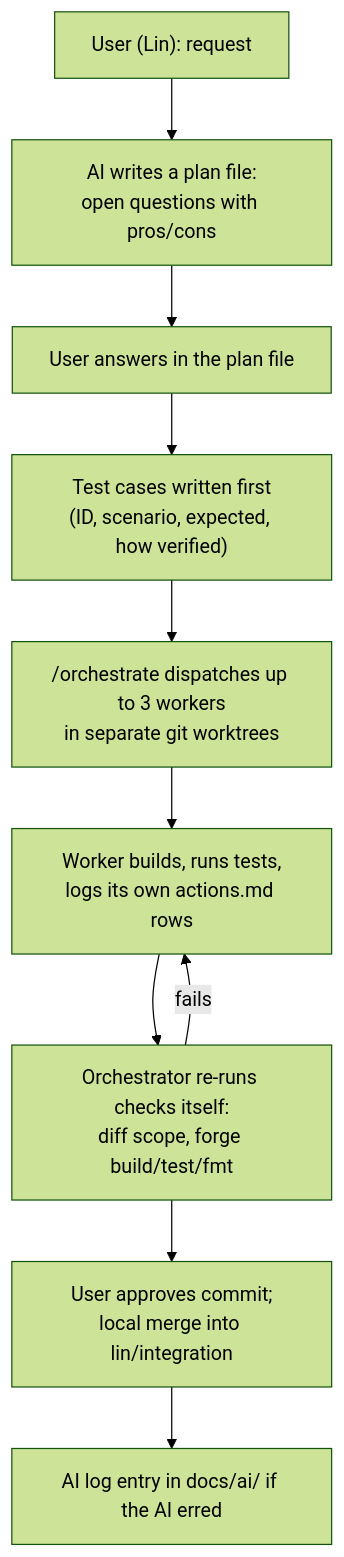
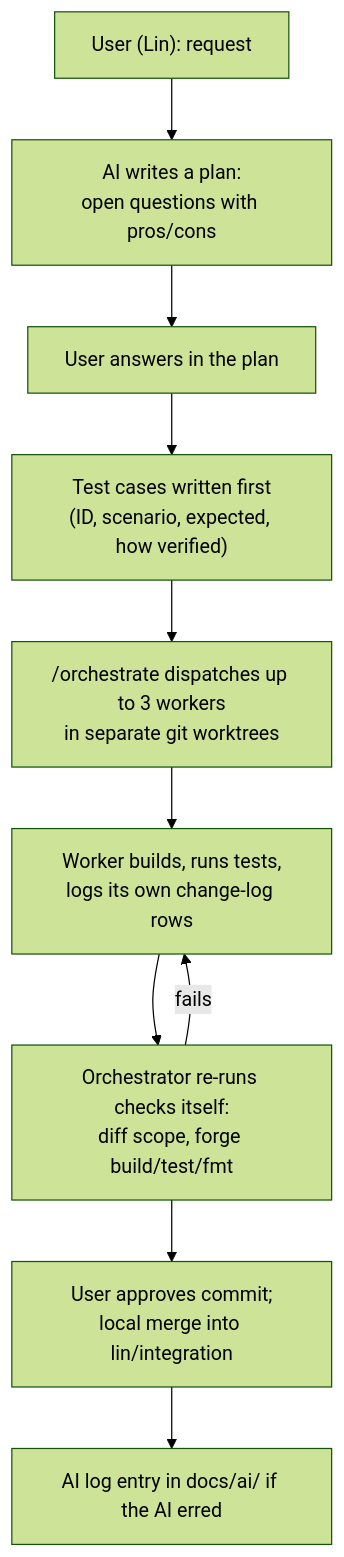
The first of 2 diagrams in docs/ai-audit-report.md (CLinnSheng/Sooth), drawn with Mermaid (forest theme) before and after one commit. The commit also changed other lines of this file and 14 other files, not shown here.

````diff
--- a/docs/ai-audit-report.md
+++ b/docs/ai-audit-report.md
@@ -103,12 +98,12 @@
 ```mermaid
 flowchart TD
-    U["User (Lin): request"] --> P["AI writes a plan file:<br/>open questions with pros/cons"]
-    P --> A["User answers in the plan file"]
+    U["User (Lin): request"] --> P["AI writes a plan:<br/>open questions with pros/cons"]
+    P --> A["User answers in the plan"]
     A --> T["Test cases written first<br/>(ID, scenario, expected, how verified)"]
     T --> D["/orchestrate dispatches up to 3 workers<br/>in separate git worktrees"]
-    D --> W["Worker builds, runs tests,<br/>logs its own actions.md rows"]
+    D --> W["Worker builds, runs tests,<br/>logs its own change-log rows"]
     W --> V["Orchestrator re-runs checks itself:<br/>diff scope, forge build/test/fmt"]
     V -->|fails| W
     V --> R["User approves commit;<br/>local merge into lin/integration"]
     R --> L["AI log entry in docs/ai/ if the AI erred"]
 ```
````
